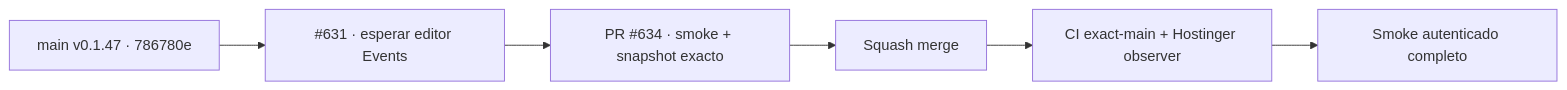
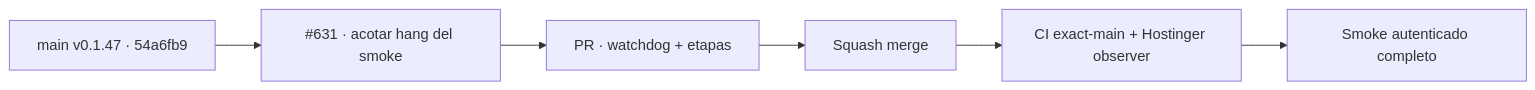
Before and after one commit to pl0n3r/brvtal: the diagram in README.md, drawn with Mermaid. The commit also changed other lines of this file and 2 other files, not shown here.

First line of the commit message:
test(production): bound authenticated smoke hangs (#635)

````diff
--- a/README.md
+++ b/README.md
@@ -50,6 +50,6 @@
 ```mermaid
 flowchart LR
- B["main v0.1.47 · 786780e"] --> F["#631 · esperar editor Events"]
- F --> P["PR #634 · smoke + snapshot exacto"] --> M["Squash merge"]
+ B["main v0.1.47 · 54a6fb9"] --> F["#631 · acotar hang del smoke"]
+ F --> P["PR · watchdog + etapas"] --> M["Squash merge"]
  M --> C["CI exact-main + Hostinger observer"] --> S["Smoke autenticado completo"]
 ```
````
